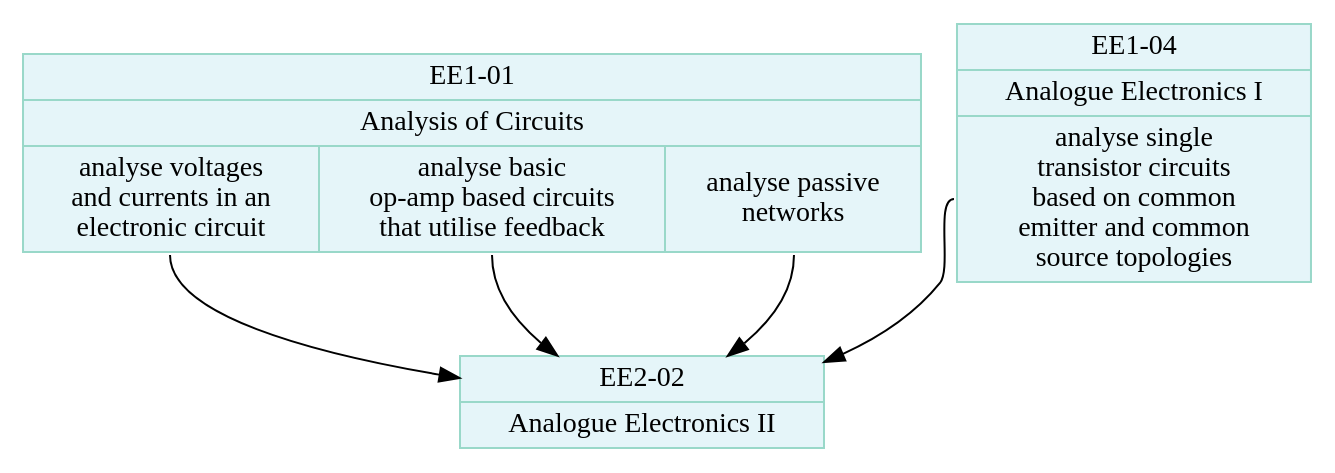
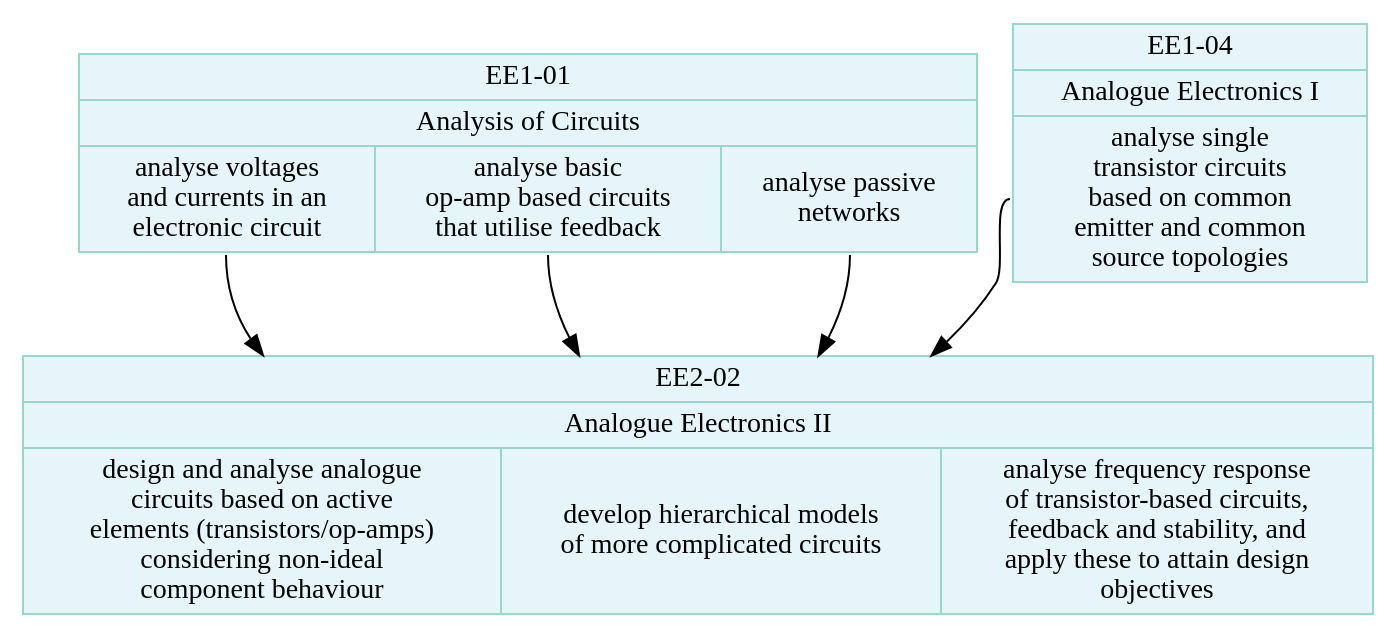
Before and after one commit to johnwickerson/ee_modules: the diagram in modules.dot, drawn with Graphviz.

Commit message:
adding analogue electronics 2 ILOs

```diff
--- a/modules.dot
+++ b/modules.dot
@@ -1,21 +1,25 @@
 digraph {
     
     node[shape=record, color="#99d8c9", fillcolor="#e5f5f9", style="filled"];
     
     EE101 [label="{EE1-01 | Analysis of Circuits | {
         <1>analyse voltages\nand currents in an\nelectronic circuit | 
         <2>analyse basic\nop-amp based circuits\nthat utilise feedback | 
         <3>analyse passive\nnetworks 
     }}"];
     
     EE104 [label="{EE1-04 | Analogue Electronics I | {
         <1>analyse single\ntransistor circuits\nbased on common\nemitter and common\nsource topologies
     }}"];
     
-    EE202 [label="{EE2-02 | Analogue Electronics II}"];
+    EE202 [label="{EE2-02 | Analogue Electronics II | {
+        <1>design and analyse analogue\ncircuits based on active\nelements (transistors/op-amps)\nconsidering non-ideal\ncomponent behaviour |
+        <2>develop hierarchical models\nof more complicated circuits |
+        <3>analyse frequency response\nof transistor-based circuits,\nfeedback and stability, and\napply these to attain design\nobjectives
+    }}"];
     EE101:1 -> EE202;
     EE101:2 -> EE202;
     EE101:3 -> EE202;
     EE104:1 -> EE202;
 
 }
```
